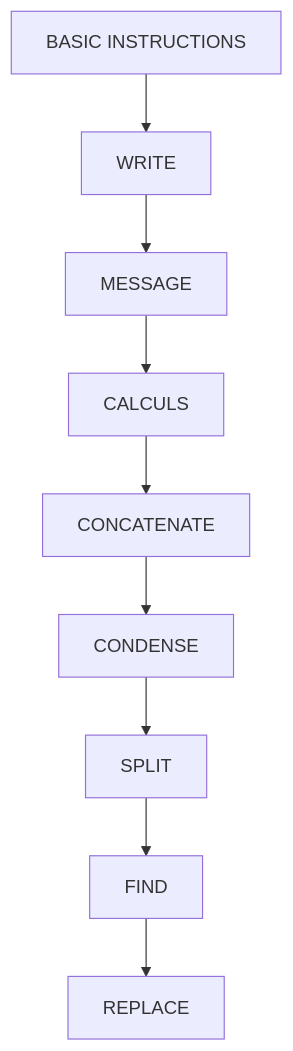
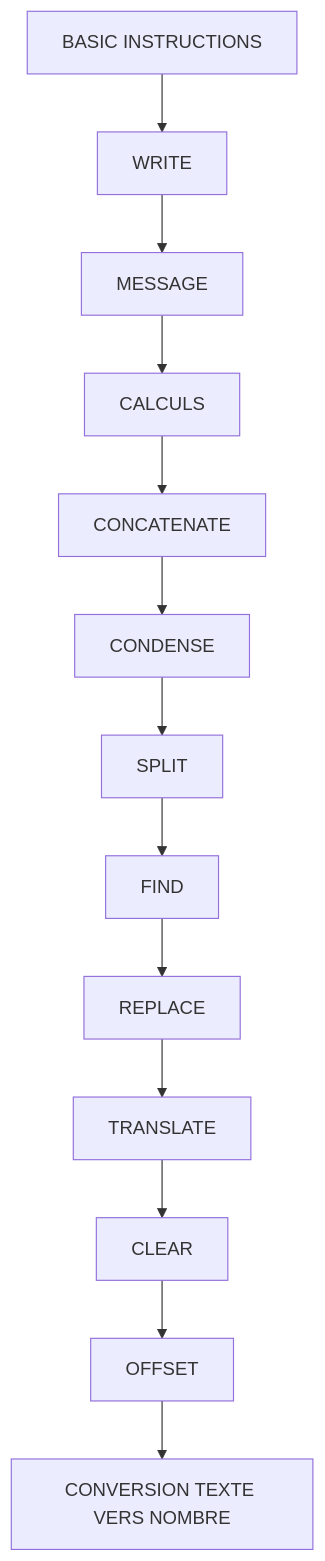
The diagram in └─ 🧩 001 - DEVELOPPEMENT ABAP SOCLE/└─ 🧩 04 - BASIC INSTRUCTIONS/00 - 🍧 SOMMAIRE.md (AiKanSya/Aelion), drawn with Mermaid before and after one commit. The commit also changed other lines of this file and 41 other files, not shown here.

````diff
--- a/└─ 🧩 001 - DEVELOPPEMENT ABAP SOCLE/└─ 🧩 04 - BASIC INSTRUCTIONS/00 - 🍧 SOMMAIRE.md
+++ b/└─ 🧩 001 - DEVELOPPEMENT ABAP SOCLE/└─ 🧩 04 - BASIC INSTRUCTIONS/00 - 🍧 SOMMAIRE.md
@@ -11,12 +11,16 @@
 ```mermaid
 flowchart TD
     A["BASIC INSTRUCTIONS"]
     A --> B["WRITE"]
     B --> C["MESSAGE"]
     C --> D["CALCULS"]
     D --> E["CONCATENATE"]
     E --> F["CONDENSE"]
     F --> G["SPLIT"]
     G --> H["FIND"]
     H --> I["REPLACE"]
+    I --> J["TRANSLATE"]
+    J --> K["CLEAR"]
+    K --> L["OFFSET"]
+    L --> M["CONVERSION TEXTE VERS NOMBRE"]
 ```
````
